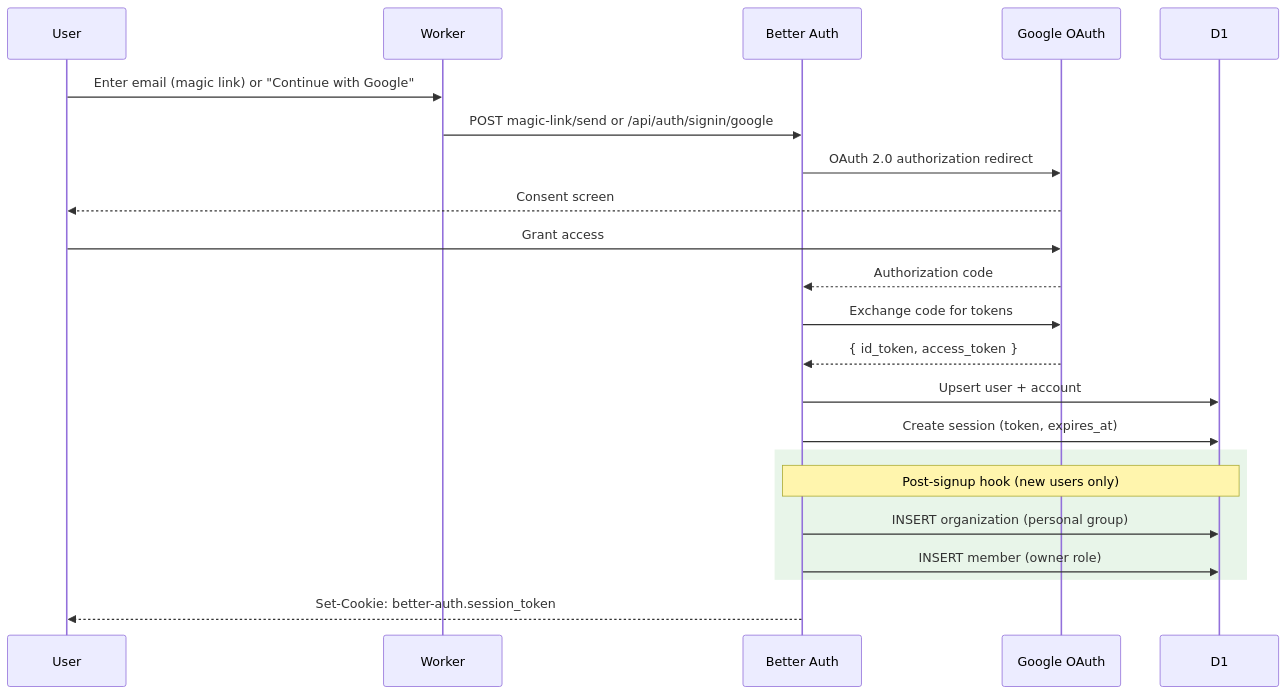
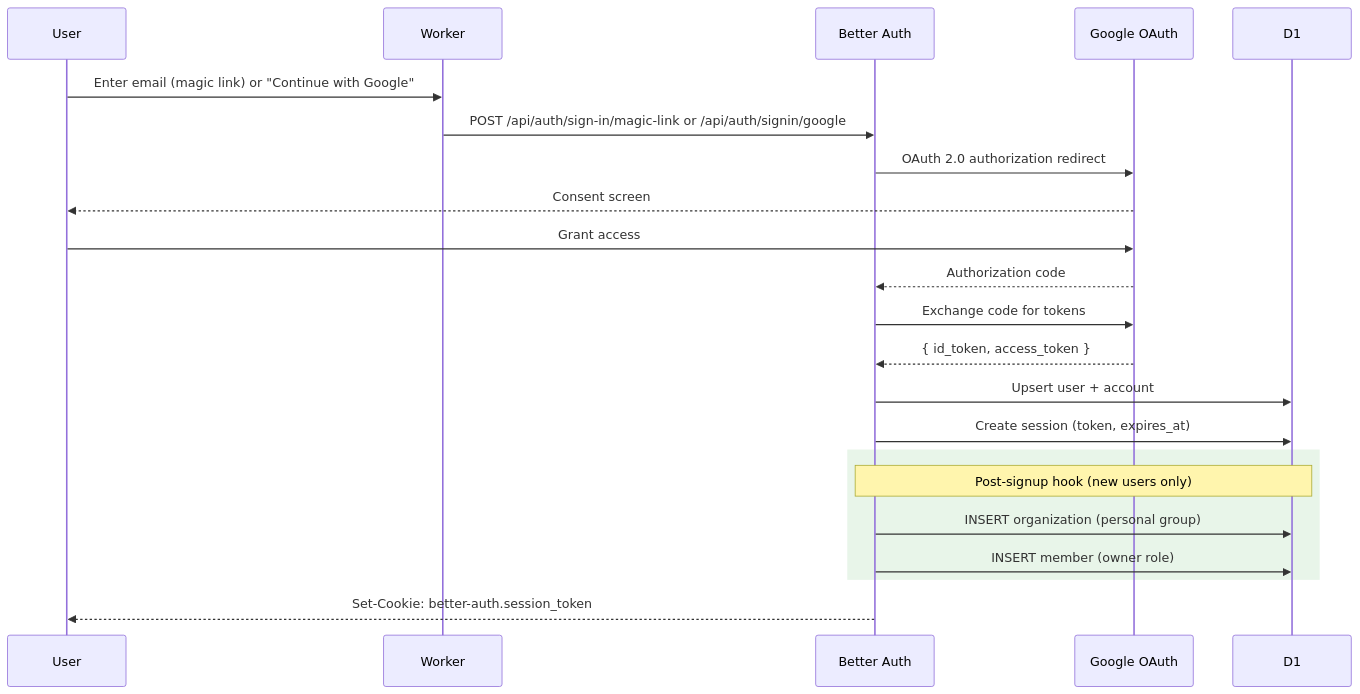
One commit to bjamesdowning/ration-mirror changed diagram 16 of 21 in README.md. Above: the diagram before and after it, drawn with Mermaid. The commit also changed other lines of this file and 4 other files, not shown here.

First line of the commit message:
docs(e2e): inventory, fix magic-link E2E mock, bump v1.2.0

````diff
--- a/README.md
+++ b/README.md
@@ -1089,28 +1089,28 @@
 ```mermaid
 sequenceDiagram
     participant User as User
     participant App as Worker
     participant Auth as Better Auth
     participant Google as Google OAuth
     participant D1 as D1
 
     User->>App: Enter email (magic link) or "Continue with Google"
-    App->>Auth: POST magic-link/send or /api/auth/signin/google
+    App->>Auth: POST /api/auth/sign-in/magic-link or /api/auth/signin/google
     Auth->>Google: OAuth 2.0 authorization redirect
     Google-->>User: Consent screen
     User->>Google: Grant access
     Google-->>Auth: Authorization code
     Auth->>Google: Exchange code for tokens
     Google-->>Auth: { id_token, access_token }
 
     Auth->>D1: Upsert user + account
     Auth->>D1: Create session (token, expires_at)
 
     rect rgb(232, 245, 233)
         Note over Auth,D1: Post-signup hook (new users only)
         Auth->>D1: INSERT organization (personal group)
         Auth->>D1: INSERT member (owner role)
     end
 
     Auth-->>User: Set-Cookie: better-auth.session_token
 ```
````
